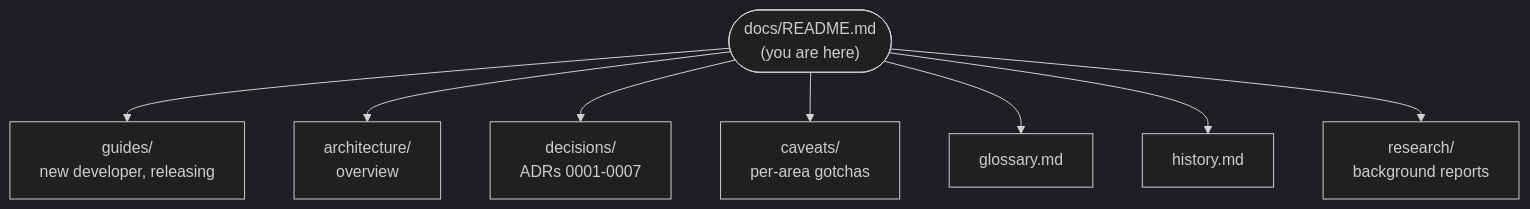
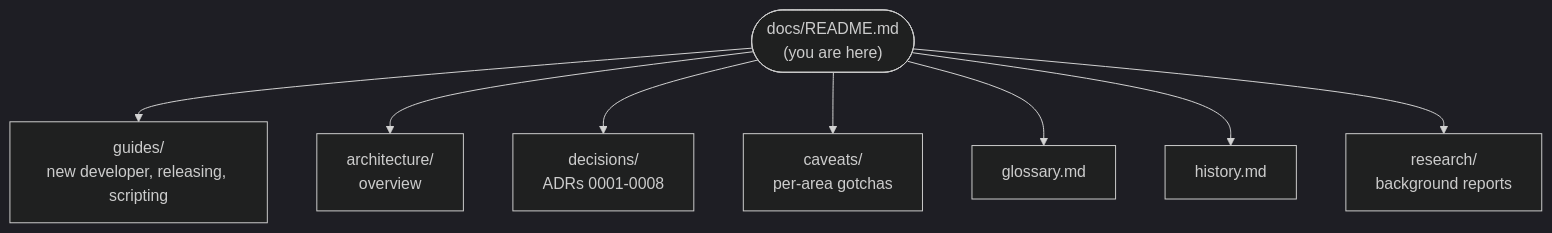
The diagram in docs/README.md (joebarbere/controls), drawn with Mermaid (dark theme) before and after one commit. The commit also changed other lines of this file and 55 other files, not shown here.

````diff
--- a/docs/README.md
+++ b/docs/README.md
@@ -5,11 +5,11 @@
 ```mermaid
 flowchart TD
     HUB(["docs/README.md<br/>(you are here)"])
-    HUB --> G["guides/<br/>new developer, releasing"]
+    HUB --> G["guides/<br/>new developer, releasing, scripting"]
     HUB --> A["architecture/<br/>overview"]
-    HUB --> D["decisions/<br/>ADRs 0001-0007"]
+    HUB --> D["decisions/<br/>ADRs 0001-0008"]
     HUB --> C["caveats/<br/>per-area gotchas"]
     HUB --> GL["glossary.md"]
     HUB --> H["history.md"]
     HUB --> R["research/<br/>background reports"]
 ```
````
